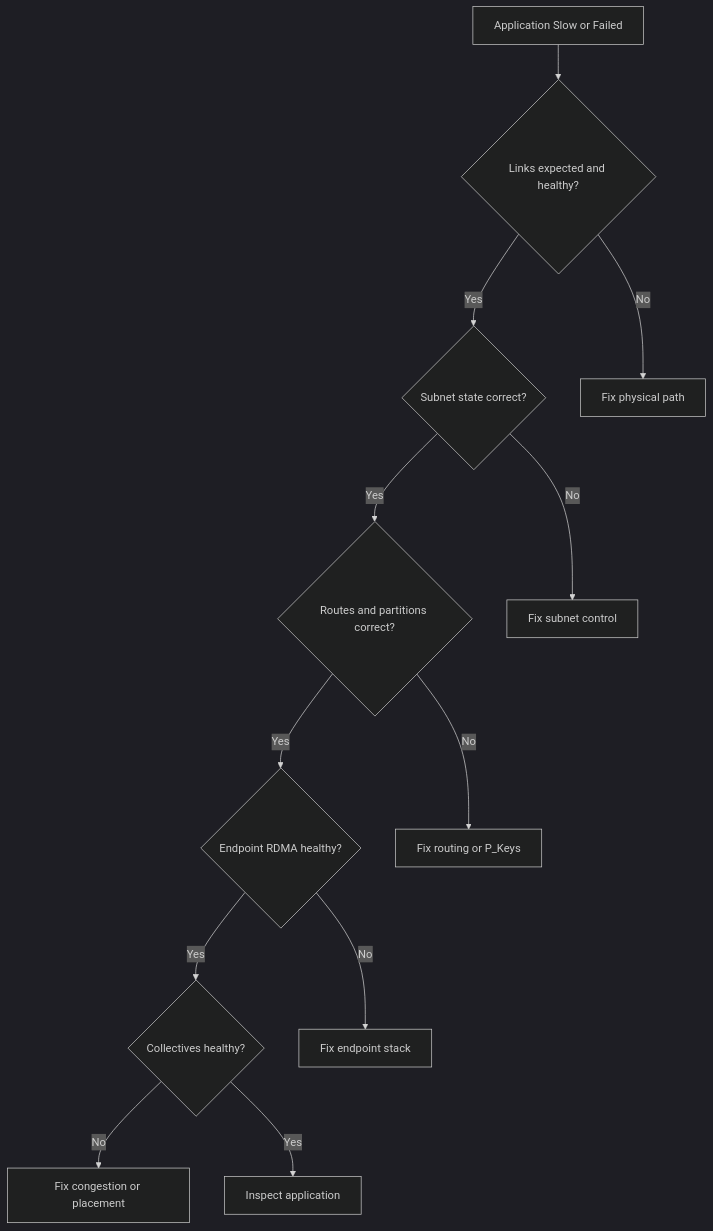
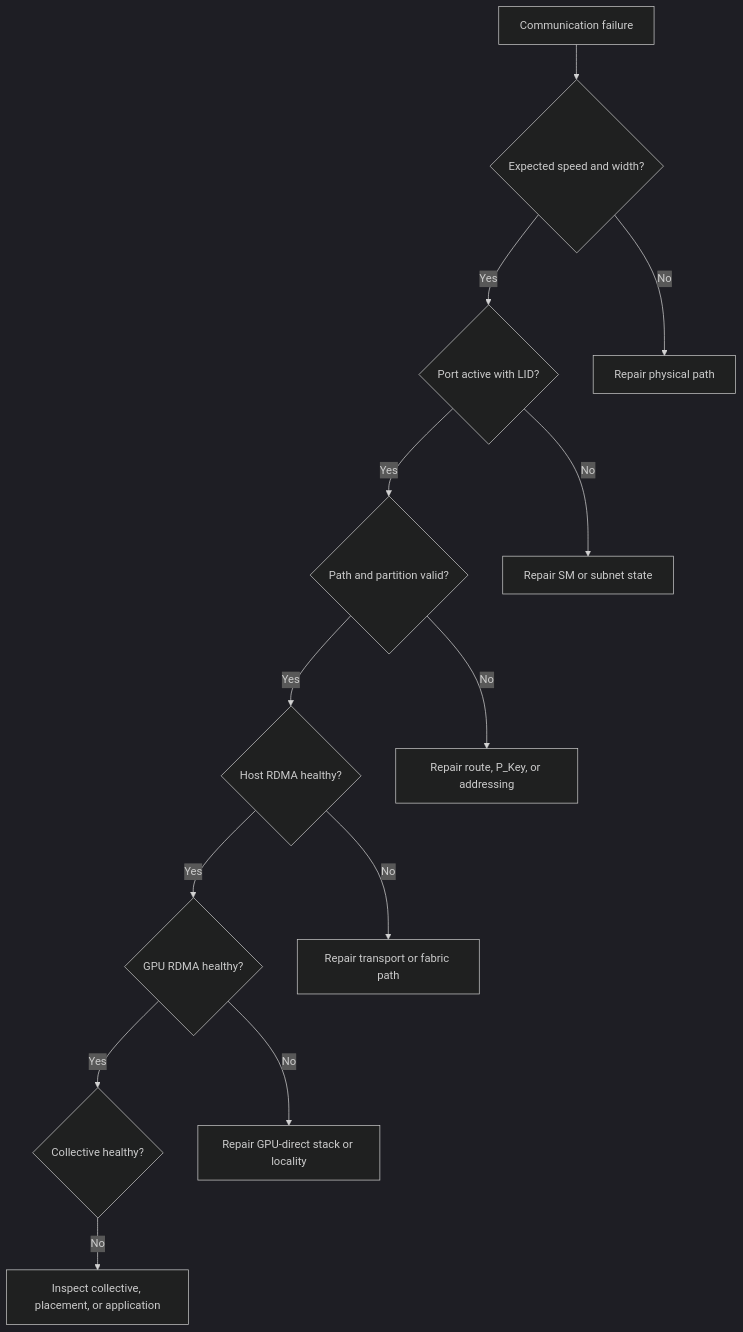
The second of 2 diagrams in docs/nvidia-zero-to-hero/volume-08/chapter-10-production-troubleshooting.md (jithinpnjm/nvidia-devops), drawn with Mermaid (dark theme) before and after one commit. The commit also changed other lines of this file and 11 other files, not shown here.

````diff
--- a/docs/nvidia-zero-to-hero/volume-08/chapter-10-production-troubleshooting.md
+++ b/docs/nvidia-zero-to-hero/volume-08/chapter-10-production-troubleshooting.md
@@ -18,21 +181,23 @@
 ```mermaid
 flowchart TD
-    Symptom[Application Slow or Failed]
-    Link{Links expected and healthy?}
-    SM{Subnet state correct?}
-    Route{Routes and partitions correct?}
-    RDMA{Endpoint RDMA healthy?}
-    Perf{Collectives healthy?}
-    App[Inspect application]
-    Symptom --> Link
-    Link -- No --> FixLink[Fix physical path]
+    Start[Communication failure]
+    Link{Expected speed and width?}
+    SM{Port active with LID?}
+    Route{Path and partition valid?}
+    Host{Host RDMA healthy?}
+    GPU{GPU RDMA healthy?}
+    Coll{Collective healthy?}
+
+    Start --> Link
+    Link -- No --> Fix1[Repair physical path]
     Link -- Yes --> SM
-    SM -- No --> FixSM[Fix subnet control]
+    SM -- No --> Fix2[Repair SM or subnet state]
     SM -- Yes --> Route
-    Route -- No --> FixRoute[Fix routing or P_Keys]
-    Route -- Yes --> RDMA
-    RDMA -- No --> FixRDMA[Fix endpoint stack]
-    RDMA -- Yes --> Perf
-    Perf -- No --> FixPerf[Fix congestion or placement]
-    Perf -- Yes --> App
+    Route -- No --> Fix3[Repair route, P_Key, or addressing]
+    Route -- Yes --> Host
+    Host -- No --> Fix4[Repair transport or fabric path]
+    Host -- Yes --> GPU
+    GPU -- No --> Fix5[Repair GPU-direct stack or locality]
+    GPU -- Yes --> Coll
+    Coll -- No --> Fix6[Inspect collective, placement, or application]
 ```
````
